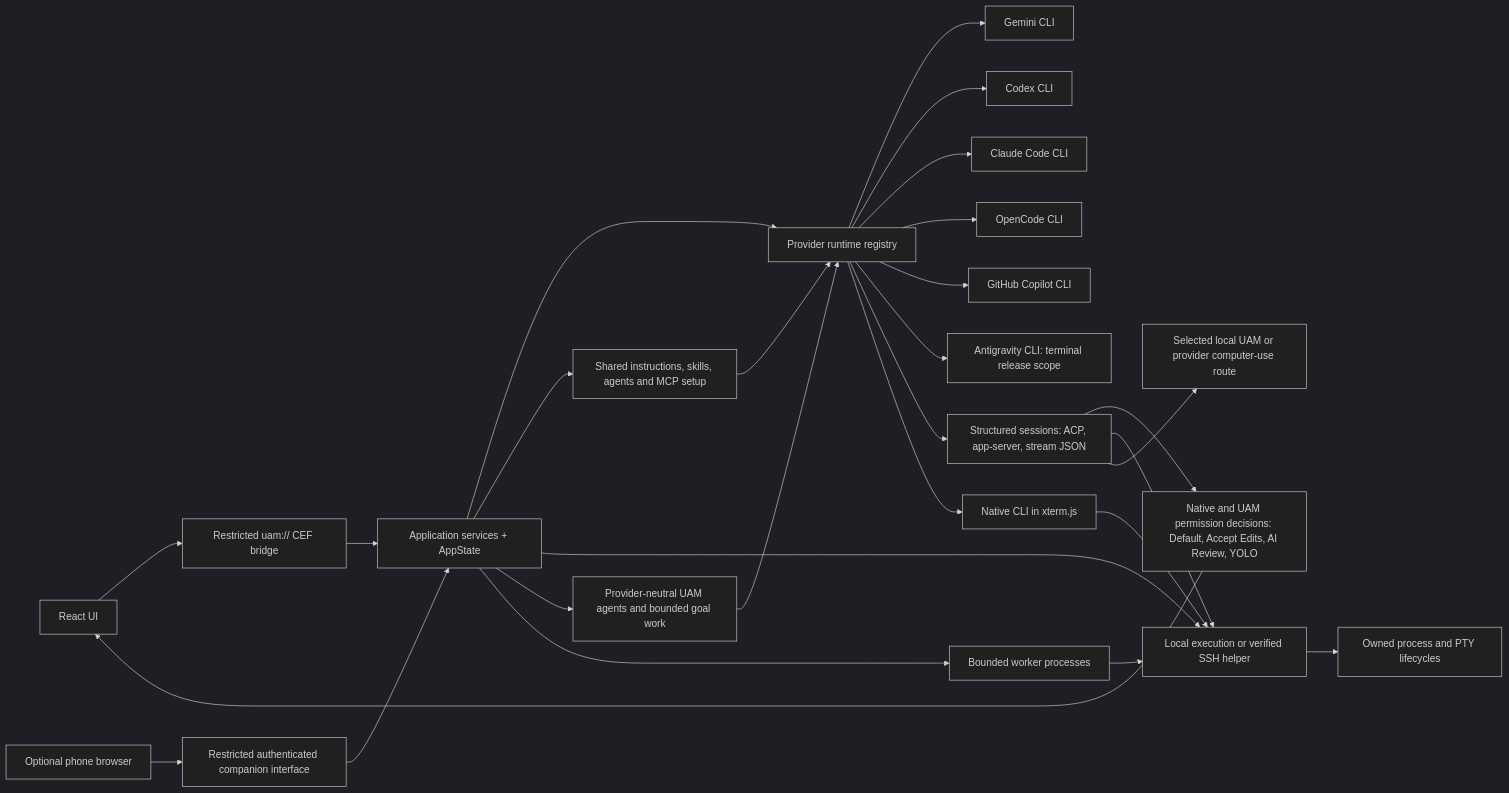
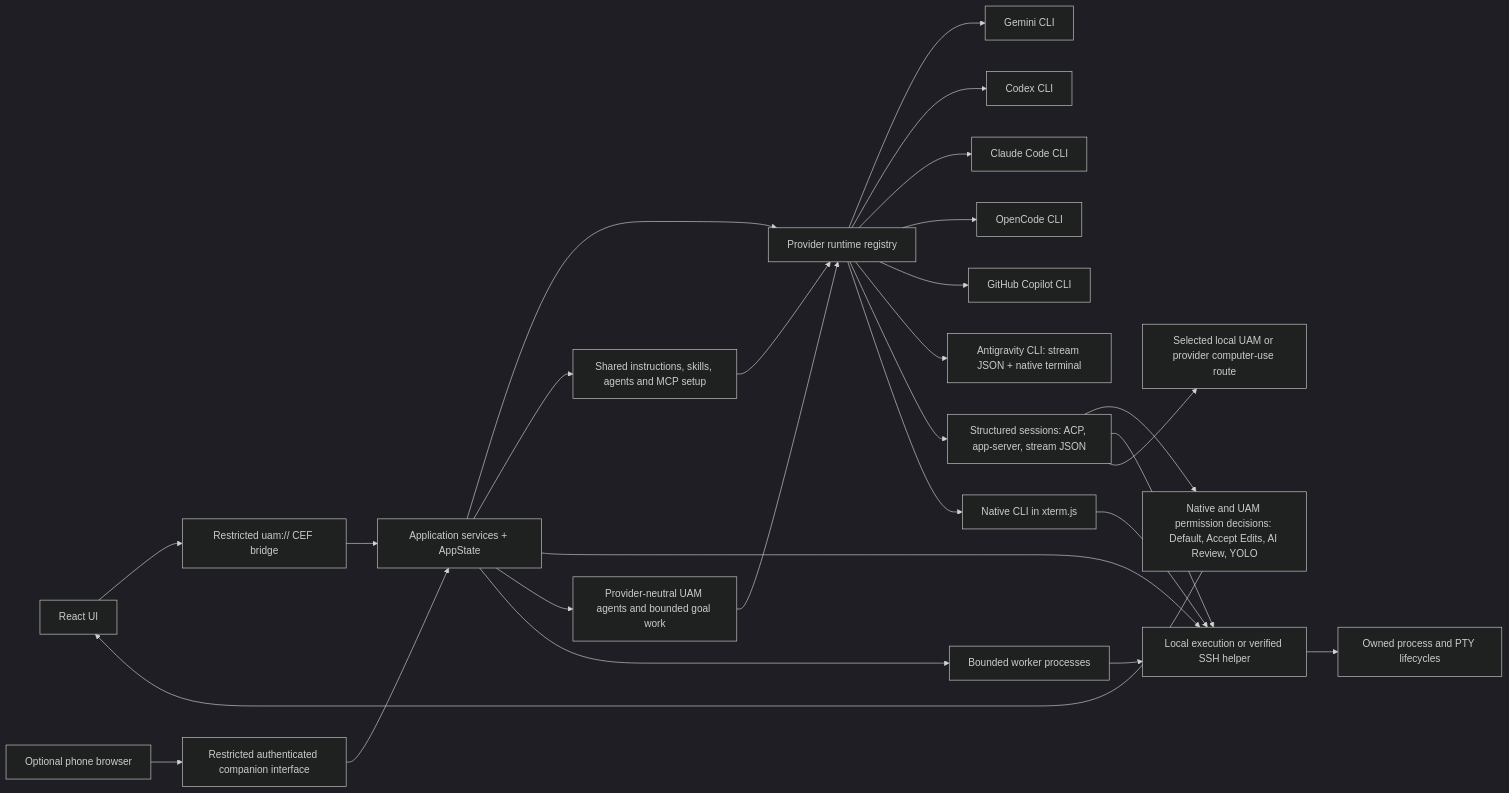
The diagram in docs/architecture/architecture_1.mmd (davidtaylor6130/Universal-Agent-Manager), drawn with Mermaid (dark theme) before and after one commit. The commit also changed 13 other files, not shown here.

Commit message:
docs: confirm Antigravity scope and retain storage defaults

```diff
--- a/docs/architecture/architecture_1.mmd
+++ b/docs/architecture/architecture_1.mmd
@@ -1,32 +1,32 @@
 flowchart LR
   UI["React UI"] --> CEF["Restricted uam:// CEF bridge"]
   CEF --> APP["Application services + AppState"]
   APP --> REGISTRY["Provider runtime registry"]
 
   REGISTRY --> GEMINI["Gemini CLI"]
   REGISTRY --> CODEX["Codex CLI"]
   REGISTRY --> CLAUDE["Claude Code CLI"]
   REGISTRY --> OPENCODE["OpenCode CLI"]
   REGISTRY --> COPILOT["GitHub Copilot CLI"]
-  REGISTRY --> ANTIGRAVITY["Antigravity CLI: terminal release scope"]
+  REGISTRY --> ANTIGRAVITY["Antigravity CLI: stream JSON + native terminal"]
 
   REGISTRY --> STRUCTURED["Structured sessions: ACP, app-server, stream JSON"]
   REGISTRY --> TERMINAL["Native CLI in xterm.js"]
   STRUCTURED --> POLICY["Native and UAM permission decisions: Default, Accept Edits, AI Review, YOLO"]
   POLICY --> UI
 
   APP --> SETUP["Shared instructions, skills, agents and MCP setup"]
   SETUP --> REGISTRY
   APP --> EXECUTION["Local execution or verified SSH helper"]
   STRUCTURED --> EXECUTION
   TERMINAL --> EXECUTION
   EXECUTION --> CONTAINMENT["Owned process and PTY lifecycles"]
 
   APP --> AGENTS["Provider-neutral UAM agents and bounded goal work"]
   AGENTS --> REGISTRY
   APP --> WORKERS["Bounded worker processes"]
   WORKERS --> EXECUTION
 
   PHONE["Optional phone browser"] --> COMPANION["Restricted authenticated companion interface"]
   COMPANION --> APP
   STRUCTURED --> COMPUTER["Selected local UAM or provider computer-use route"]
```
